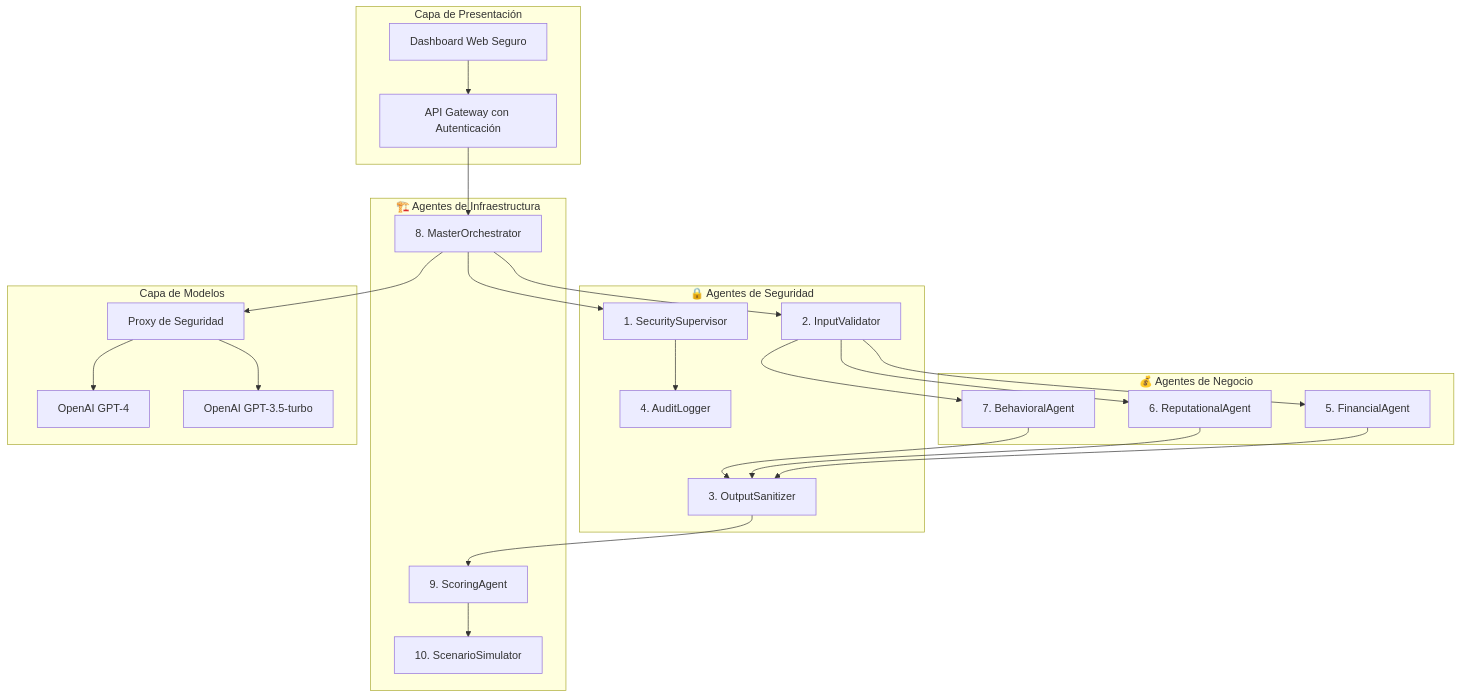
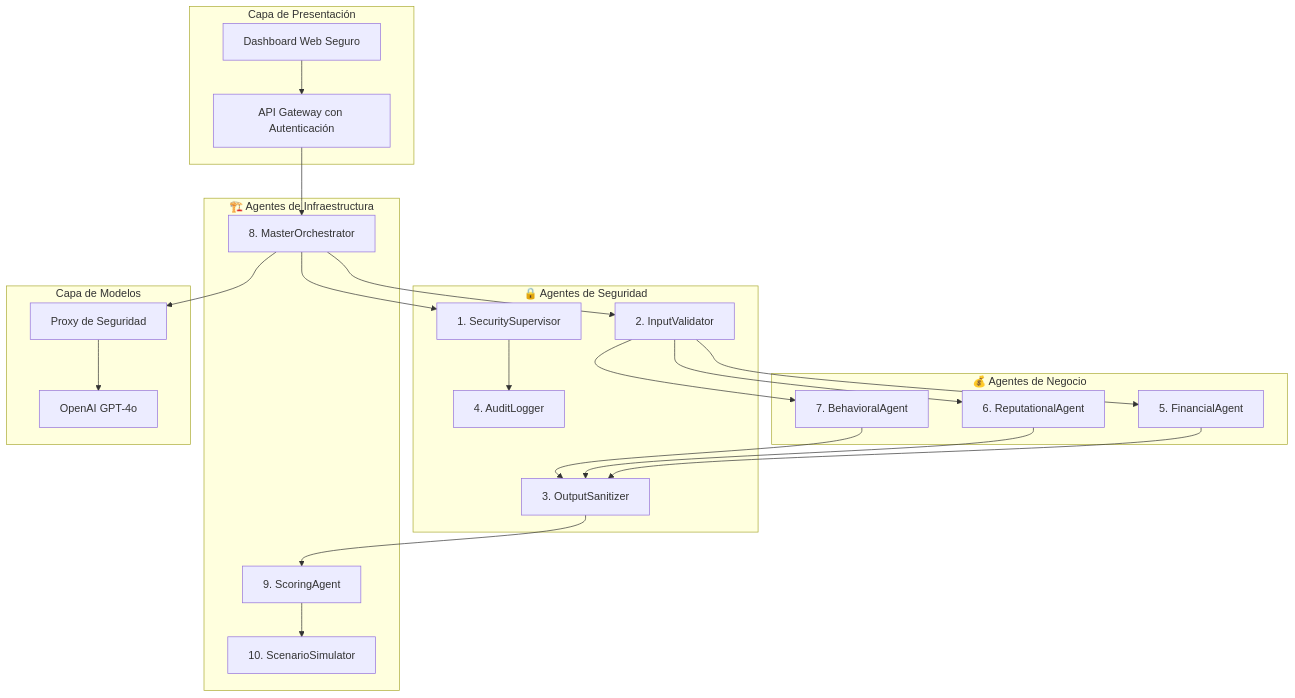
Before and after one commit to 2Dsa3/Amschel: the diagram in Planificacion/desing.md, drawn with Mermaid. The commit also changed other lines of this file and 2 other files, not shown here.

````diff
--- a/Planificacion/desing.md
+++ b/Planificacion/desing.md
@@ -21,49 +21,47 @@
 ```mermaid
 graph TB
     subgraph "Capa de Presentación"
         UI[Dashboard Web Seguro]
         API[API Gateway con Autenticación]
     end
     
     subgraph "🏗️ Agentes de Infraestructura"
         MO[8. MasterOrchestrator]
         SA[9. ScoringAgent]
         SS[10. ScenarioSimulator]
     end
     
     subgraph "🔒 Agentes de Seguridad"
         SEC[1. SecuritySupervisor]
         IV[2. InputValidator]
         OS[3. OutputSanitizer]
         AL[4. AuditLogger]
     end
     
     subgraph "💰 Agentes de Negocio"
         FA[5. FinancialAgent]
         RA[6. ReputationalAgent]
         BA[7. BehavioralAgent]
     end
     
     subgraph "Capa de Modelos"
         PROXY[Proxy de Seguridad]
-        GPT4[OpenAI GPT-4]
-        GPT35[OpenAI GPT-3.5-turbo]
+        GPT4O[OpenAI GPT-4o]
     end
     
     UI --> API
     API --> MO
     MO --> SEC
     MO --> IV
     IV --> FA
     IV --> RA
     IV --> BA
     FA --> OS
     RA --> OS
     BA --> OS
     OS --> SA
     SA --> SS
     SEC --> AL
     MO --> PROXY
-    PROXY --> GPT4
-    PROXY --> GPT35
+    PROXY --> GPT4O
 ```
````
